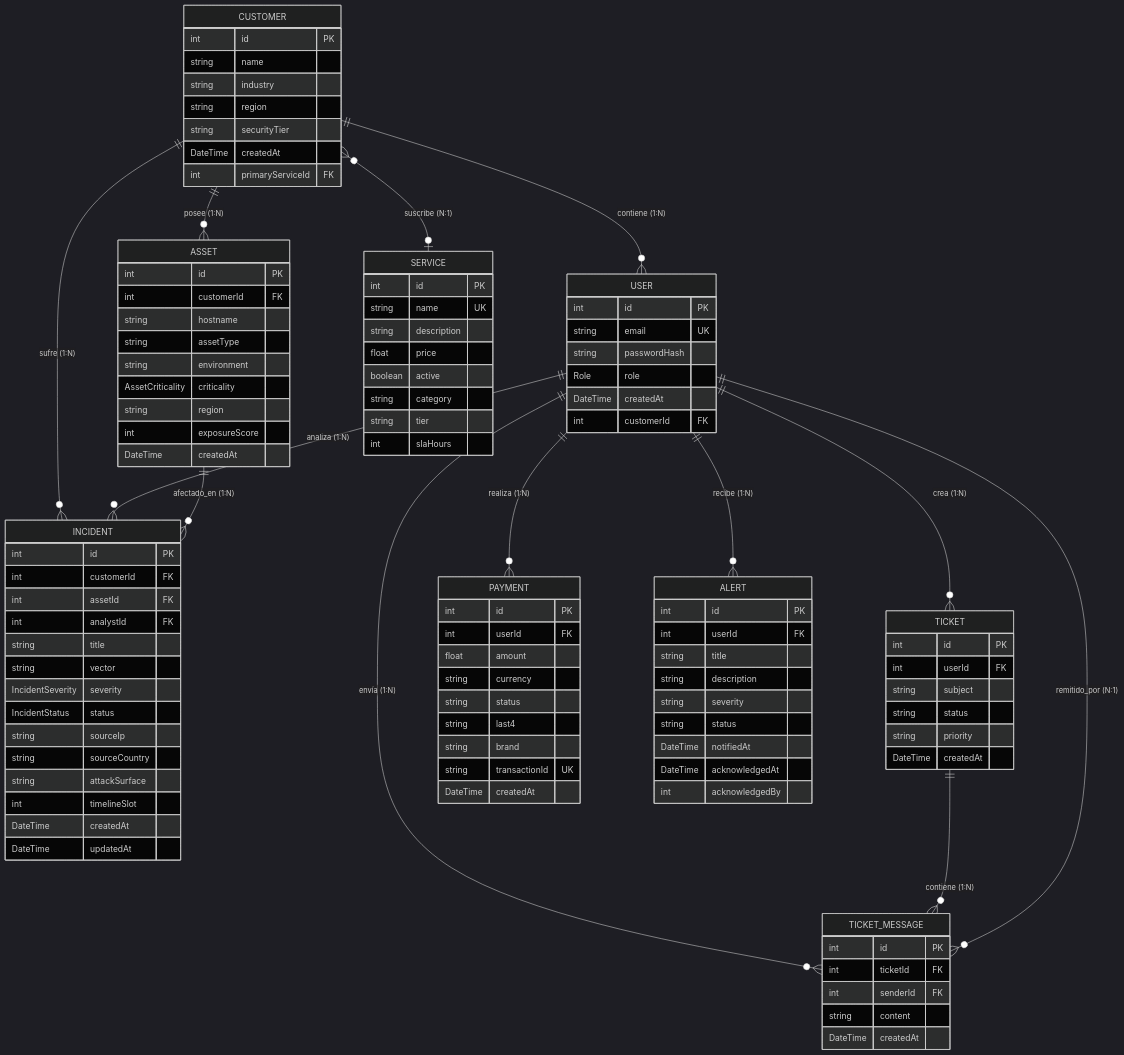
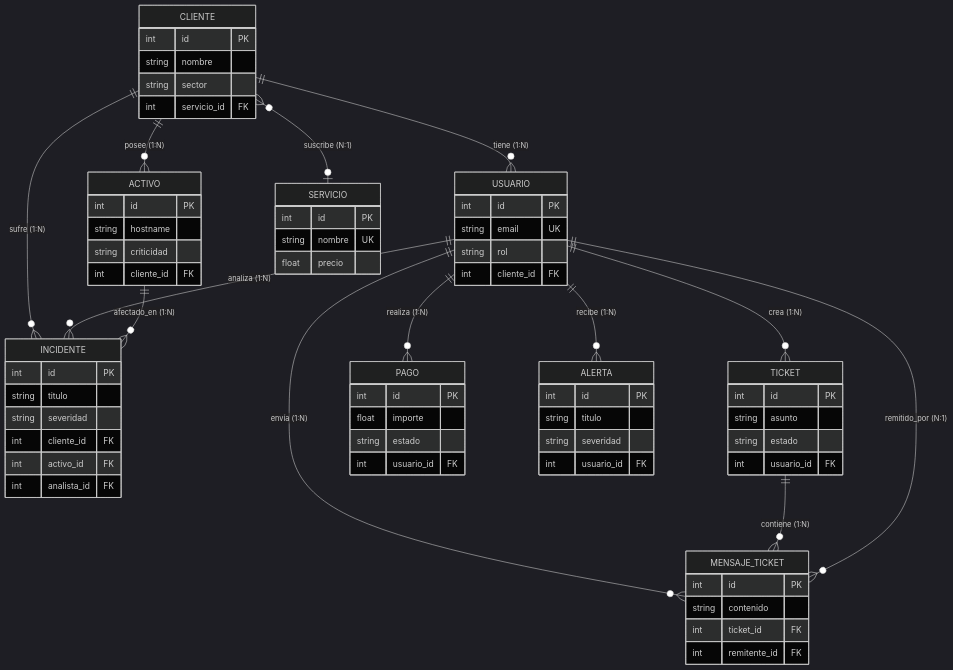
Before and after one commit to ewsophie333-lgtm/sofia-solutions: the diagram in README.md, drawn with Mermaid (dark theme). The commit also changed 1 other file, not shown here.

Commit message:
docs: simplificar y traducir diagrama E/R Mermaid a espanol de forma compacta y sin espacios en blanco

````diff
--- a/README.md
+++ b/README.md
@@ -84,118 +84,74 @@
 ```mermaid
 erDiagram
-    CUSTOMER ||--o{ USER : "contiene (1:N)"
-    CUSTOMER ||--o{ ASSET : "posee (1:N)"
-    CUSTOMER ||--o{ INCIDENT : "sufre (1:N)"
-    CUSTOMER }o--o| SERVICE : "suscribe (N:1)"
+    CLIENTE ||--o{ USUARIO : "tiene (1:N)"
+    CLIENTE ||--o{ ACTIVO : "posee (1:N)"
+    CLIENTE ||--o{ INCIDENTE : "sufre (1:N)"
+    CLIENTE }o--o| SERVICIO : "suscribe (N:1)"
     
-    USER ||--o{ TICKET : "crea (1:N)"
-    USER ||--o{ TICKET_MESSAGE : "envía (1:N)"
-    USER ||--o{ PAYMENT : "realiza (1:N)"
-    USER ||--o{ INCIDENT : "analiza (1:N)"
-    USER ||--o{ ALERT : "recibe (1:N)"
+    USUARIO ||--o{ TICKET : "crea (1:N)"
+    USUARIO ||--o{ MENSAJE_TICKET : "envía (1:N)"
+    USUARIO ||--o{ PAGO : "realiza (1:N)"
+    USUARIO ||--o{ INCIDENTE : "analiza (1:N)"
+    USUARIO ||--o{ ALERTA : "recibe (1:N)"
     
-    TICKET ||--o{ TICKET_MESSAGE : "contiene (1:N)"
-    TICKET_MESSAGE }o--|| USER : "remitido_por (N:1)"
+    TICKET ||--o{ MENSAJE_TICKET : "contiene (1:N)"
+    MENSAJE_TICKET }o--|| USUARIO : "remitido_por (N:1)"
     
-    ASSET ||--o{ INCIDENT : "afectado_en (1:N)"
+    ACTIVO ||--o{ INCIDENTE : "afectado_en (1:N)"
     
-    USER {
+    CLIENTE {
+        int id PK
+        string nombre
+        string sector
+        int servicio_id FK
+    }
+    USUARIO {
         int id PK
         string email UK
-        string passwordHash
-        Role role
-        DateTime createdAt
-        int customerId FK
+        string rol
+        int cliente_id FK
     }
-
-    CUSTOMER {
+    SERVICIO {
         int id PK
-        string name
-        string industry
-        string region
-        string securityTier
-        DateTime createdAt
-        int primaryServiceId FK
+        string nombre UK
+        float precio
     }
-
-    SERVICE {
+    ACTIVO {
         int id PK
-        string name UK
-        string description
-        float price
-        boolean active
-        string category
-        string tier
-        int slaHours
+        string hostname
+        string criticidad
+        int cliente_id FK
     }
-
-    ASSET {
+    INCIDENTE {
         int id PK
-        int customerId FK
-        string hostname
-        string assetType
-        string environment
-        AssetCriticality criticality
-        string region
-        int exposureScore
-        DateTime createdAt
+        string titulo
+        string severidad
+        int cliente_id FK
+        int activo_id FK
+        int analista_id FK
     }
-
-    INCIDENT {
+    ALERTA {
         int id PK
-        int customerId FK
-        int assetId FK
-        int analystId FK
-        string title
-        string vector
-        IncidentSeverity severity
-        IncidentStatus status
-        string sourceIp
-        string sourceCountry
-        string attackSurface
-        int timelineSlot
-        DateTime createdAt
-        DateTime updatedAt
+        string titulo
+        string severidad
+        int usuario_id FK
     }
-
+    PAGO {
+        int id PK
+        float importe
+        string estado
+        int usuario_id FK
+    }
     TICKET {
         int id PK
-        int userId FK
-        string subject
-        string status
-        string priority
-        DateTime createdAt
+        string asunto
+        string estado
+        int usuario_id FK
     }
-
-    TICKET_MESSAGE {
+    MENSAJE_TICKET {
         int id PK
-        int ticketId FK
-        int senderId FK
-        string content
-        DateTime createdAt
-    }
-
-    PAYMENT {
-        int id PK
-        int userId FK
-        float amount
-        string currency
-        string status
-        string last4
-        string brand
-        string transactionId UK
-        DateTime createdAt
-    }
-
-    ALERT {
-        int id PK
-        int userId FK
-        string title
-        string description
-        string severity
-        string status
-        DateTime notifiedAt
-        DateTime acknowledgedAt
-        int acknowledgedBy
+        string contenido
+        int ticket_id FK
+        int remitente_id FK
     }
 ```
````
